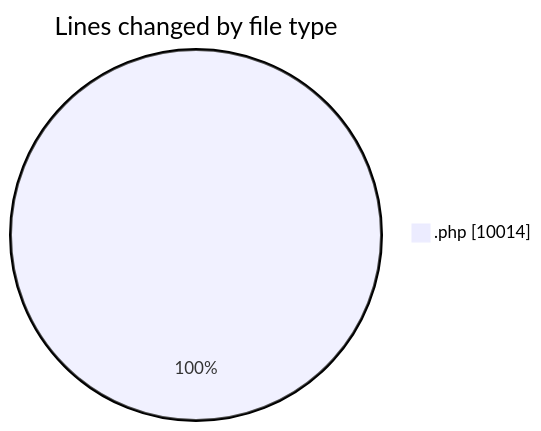
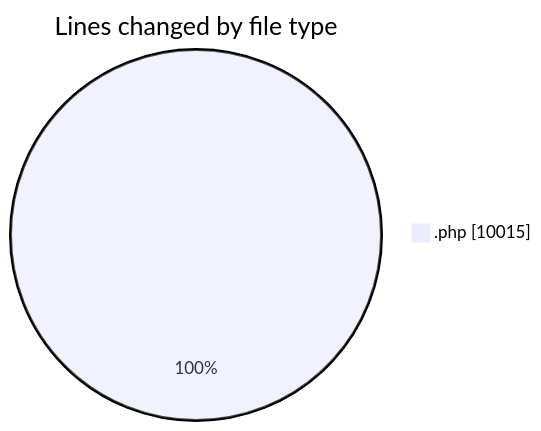
Before and after one commit to vahidmafi/code-tracking: the first of 2 diagrams in 2025-04-10/zeytoon/README.md, drawn with Mermaid. The commit also changed other lines of this file and 1 other file, not shown here.

````diff
--- a/2025-04-10/zeytoon/README.md
+++ b/2025-04-10/zeytoon/README.md
@@ -31,5 +31,5 @@
 ```mermaid
 pie showData
 title Lines changed by file type
-".php" : 10014
+".php" : 10015
 ```
````
